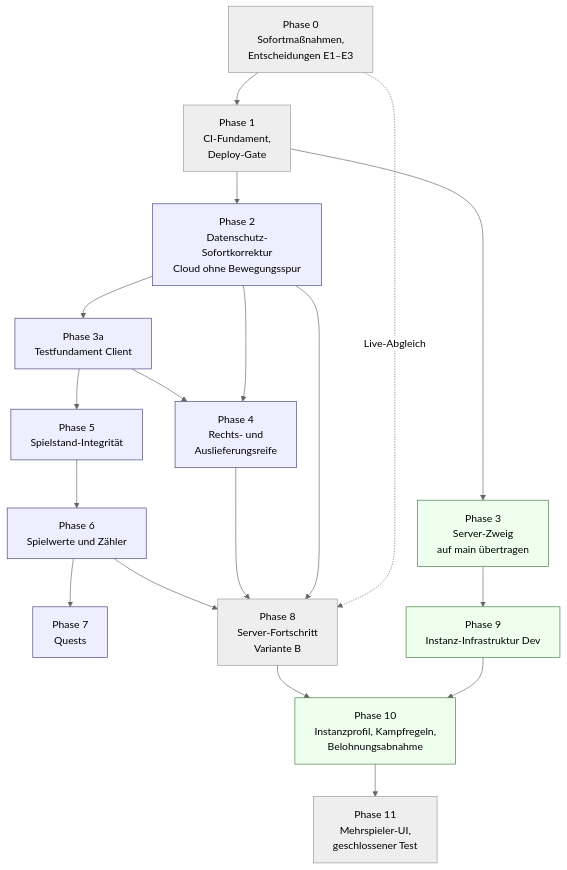
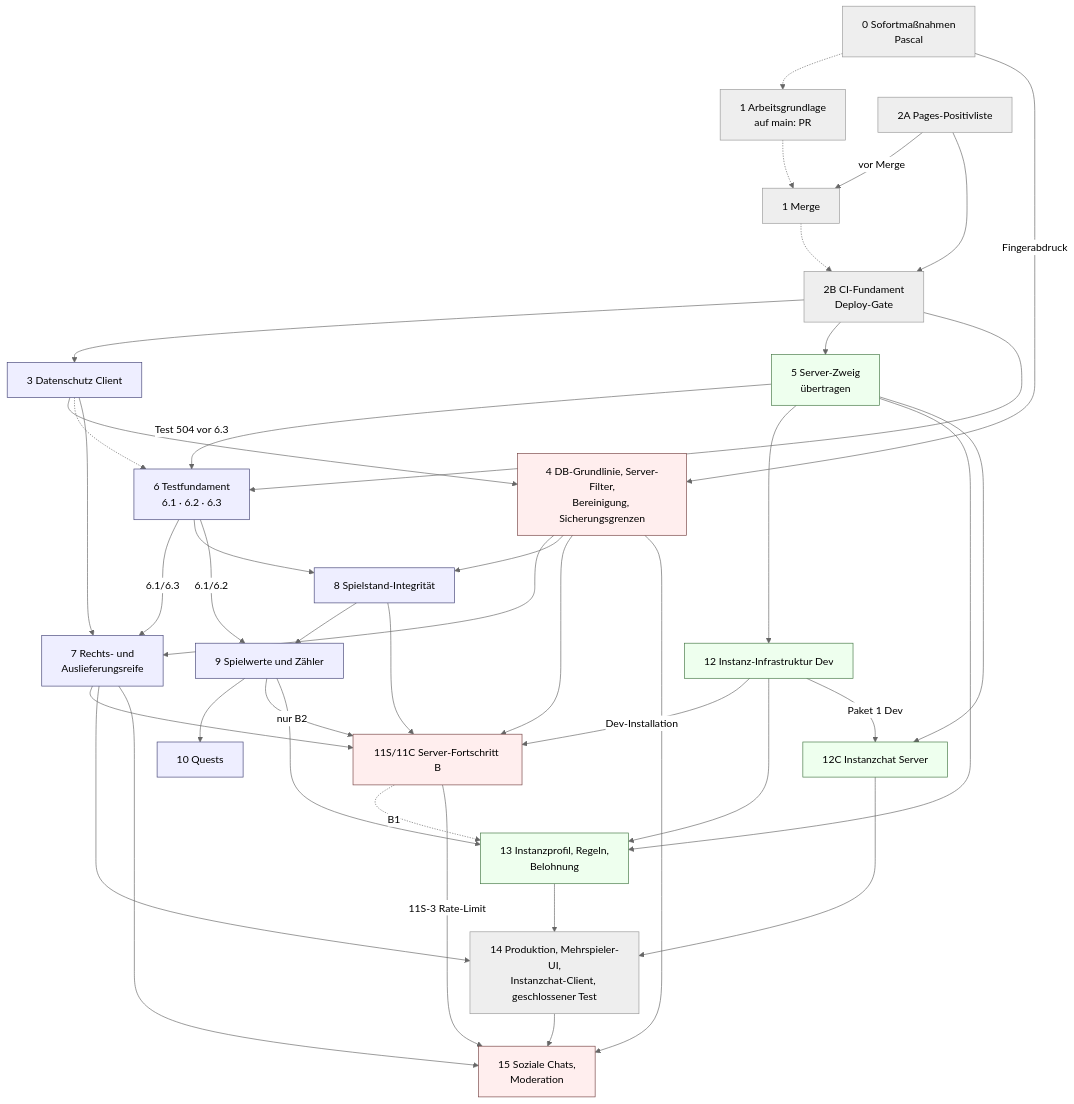
One commit to LuckyOne2k/ruinwalk changed the diagram in docs/analyse/ENTWICKLUNGSROADMAP_2026-11-19.md. Above: the diagram before and after it, drawn with Mermaid (neutral theme). The commit also changed other lines of this file, not shown here.

First line of the commit message:
Doku: Entwicklungsroadmap Fassung 2.1 (Abschlussprüfung + Chatsystem)

````diff
--- a/docs/analyse/ENTWICKLUNGSROADMAP_2026-11-19.md
+++ b/docs/analyse/ENTWICKLUNGSROADMAP_2026-11-19.md
@@ -553,24 +1000,48 @@
 ```mermaid
 flowchart TD
-  P0[Phase 0<br/>Sofortmaßnahmen,<br/>Entscheidungen E1–E3] --> P1[Phase 1<br/>CI-Fundament,<br/>Deploy-Gate]
-  P1 --> P2[Phase 2<br/>Datenschutz-Sofortkorrektur<br/>Cloud ohne Bewegungsspur]
-  P1 --> P3[Phase 3<br/>Server-Zweig<br/>auf main übertragen]
-  P2 --> P3a[Phase 3a<br/>Testfundament Client]
-  P3a --> P4[Phase 4<br/>Rechts- und<br/>Auslieferungsreife]
-  P2 --> P4
-  P3a --> P5[Phase 5<br/>Spielstand-Integrität]
-  P5 --> P6[Phase 6<br/>Spielwerte und Zähler]
-  P6 --> P7[Phase 7<br/>Quests]
-  P6 --> P8[Phase 8<br/>Server-Fortschritt<br/>Variante B]
+  P0[0 Sofortmaßnahmen<br/>Pascal] -.-> P1[1 Arbeitsgrundlage<br/>auf main: PR]
+  P0 -- Fingerabdruck --> P4
+  P2A[2A Pages-Positivliste] -- vor Merge --> P1M[1 Merge]
+  P1 -.-> P1M
+  P1M -.-> P2
+  P2A --> P2[2B CI-Fundament<br/>Deploy-Gate]
+  P2 --> P3[3 Datenschutz Client]
+  P3 --> P4[4 DB-Grundlinie, Server-Filter,<br/>Bereinigung, Sicherungsgrenzen]
+  P2 --> P5[5 Server-Zweig<br/>übertragen]
+  P2 --> P6[6 Testfundament<br/>6.1 · 6.2 · 6.3]
+  P3 -.-> P6
+  P5 -- Test 504 vor 6.3 --> P6
+  P3 --> P7[7 Rechts- und<br/>Auslieferungsreife]
+  P4 --> P7
+  P6 -- 6.1/6.3 --> P7
+  P6 --> P8[8 Spielstand-Integrität]
   P4 --> P8
-  P2 --> P8
-  P0 -. Live-Abgleich .-> P8
-  P3 --> P9[Phase 9<br/>Instanz-Infrastruktur Dev]
-  P8 --> P10[Phase 10<br/>Instanzprofil, Kampfregeln,<br/>Belohnungsabnahme]
-  P9 --> P10
-  P10 --> P11[Phase 11<br/>Mehrspieler-UI,<br/>geschlossener Test]
+  P8 --> P9[9 Spielwerte und Zähler]
+  P6 -- 6.1/6.2 --> P9
+  P9 --> P10[10 Quests]
+  P4 --> P11[11S/11C Server-Fortschritt B]
+  P7 --> P11
+  P8 --> P11
+  P9 -- nur B2 --> P11
+  P12 -- Dev-Installation --> P11
+  P5 --> P12[12 Instanz-Infrastruktur Dev]
+  P12 --> P13[13 Instanzprofil, Regeln,<br/>Belohnung]
+  P5 --> P13
+  P9 --> P13
+  P11 -. B1 .-> P13
+  P13 --> P14[14 Produktion, Mehrspieler-UI,<br/>Instanzchat-Client, geschlossener Test]
+  P7 --> P14
+  P5 --> P12C[12C Instanzchat Server]
+  P12 -- Paket 1 Dev --> P12C
+  P12C --> P14
+  P14 --> P15[15 Soziale Chats,<br/>Moderation]
+  P11 -- 11S-3 Rate-Limit --> P15
+  P4 --> P15
+  P7 --> P15
   classDef client fill:#eef,stroke:#447
   classDef server fill:#efe,stroke:#474
-  class P2,P3a,P4,P5,P6,P7 client
-  class P3,P9,P10 server
+  classDef db fill:#fee,stroke:#744
+  class P3,P6,P7,P8,P9,P10 client
+  class P5,P12,P12C,P13 server
+  class P4,P11,P15 db
 ```
````
